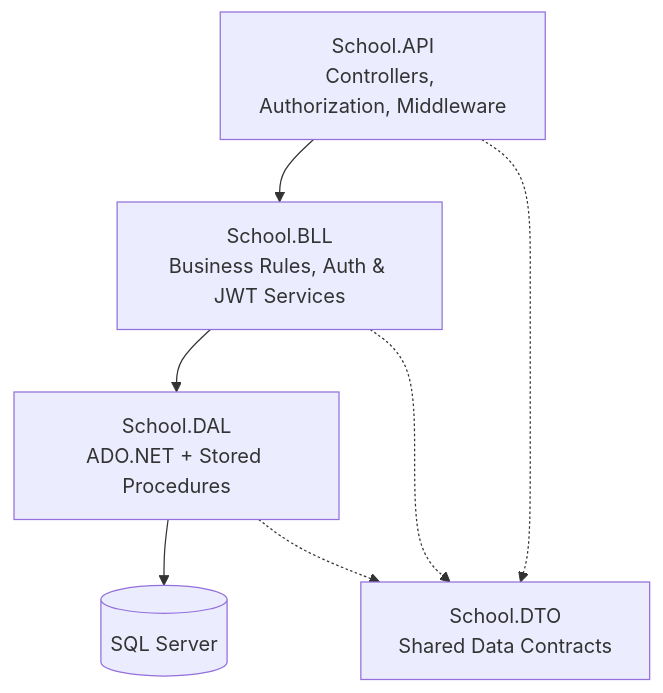
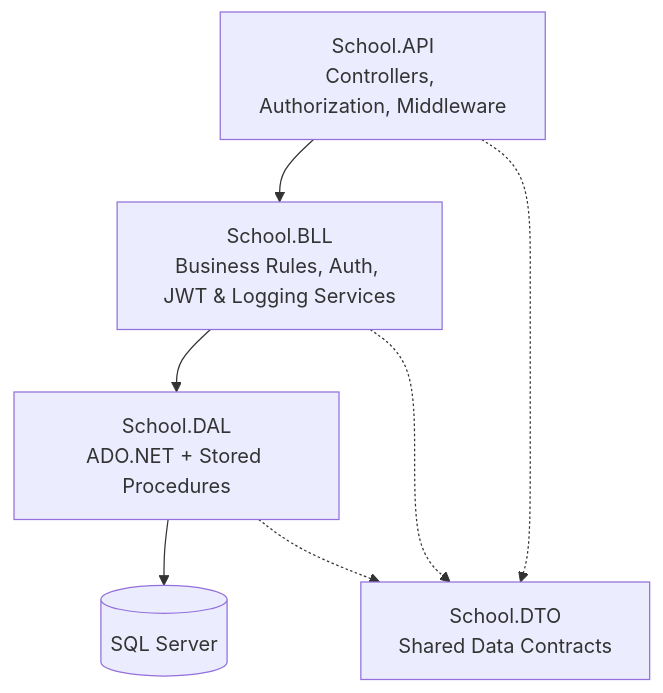
Before and after one commit to Sherif-Osama/School-Management-System: the diagram in README.md, drawn with Mermaid. The commit also changed other lines of this file and 2 other files, not shown here.

````diff
--- a/README.md
+++ b/README.md
@@ -35,9 +36,9 @@
 ```mermaid
 flowchart TD
-    A[School.API<br/>Controllers, Authorization, Middleware] --> B[School.BLL<br/>Business Rules, Auth & JWT Services]
+    A[School.API<br/>Controllers, Authorization, Middleware] --> B[School.BLL<br/>Business Rules, Auth, JWT & Logging Services]
     B --> C[School.DAL<br/>ADO.NET + Stored Procedures]
     C --> D[(SQL Server)]
     A -.-> E[School.DTO<br/>Shared Data Contracts]
     B -.-> E
     C -.-> E
 ```
````
